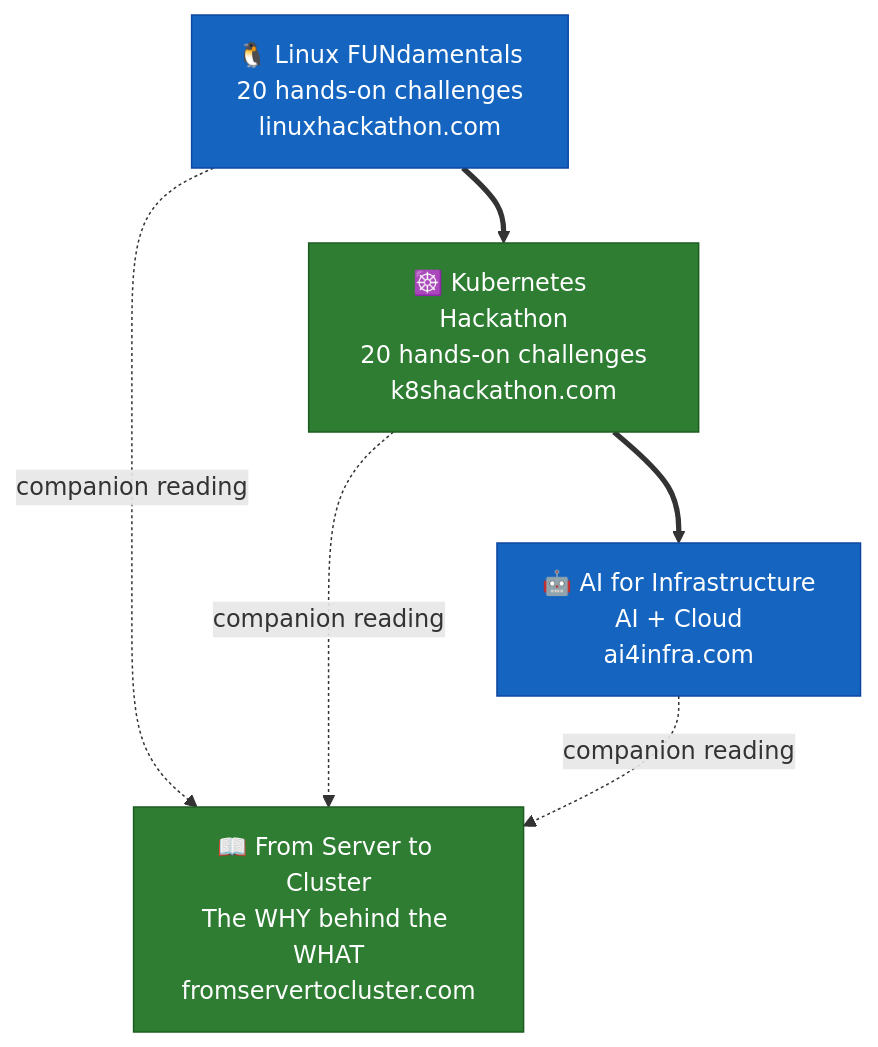
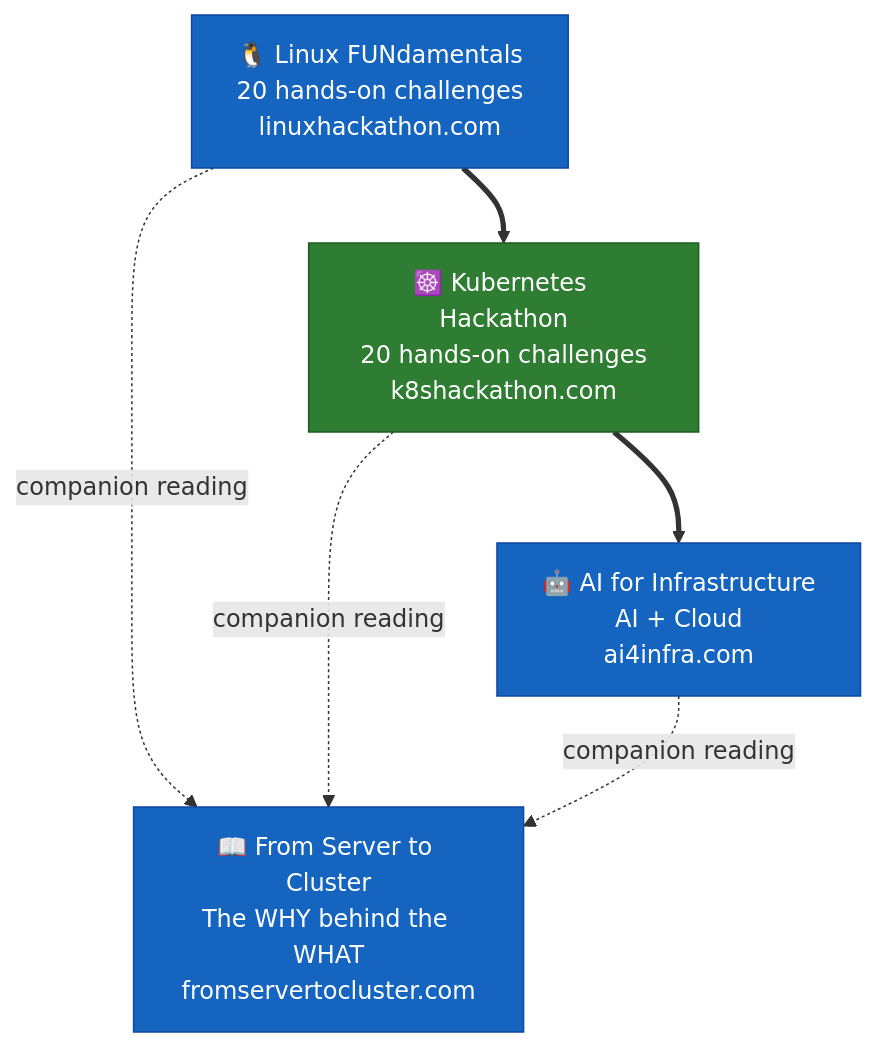
Before and after one commit to ricmmartins/fasthack-kubernetes: the diagram in README.md, drawn with Mermaid.

Commit message:
fix: From Server to Cluster should be blue, only K8s Hackathon green

````diff
--- a/README.md
+++ b/README.md
@@ -28,17 +28,17 @@
 ```mermaid
 flowchart TD
     A["🐧 Linux FUNdamentals\n20 hands-on challenges\nlinuxhackathon.com"]
     B["☸️ Kubernetes Hackathon\n20 hands-on challenges\nk8shackathon.com"]
     C["🤖 AI for Infrastructure\nAI + Cloud\nai4infra.com"]
     D["📖 From Server to Cluster\nThe WHY behind the WHAT\nfromservertocluster.com"]
 
     A ==> B ==> C
     A -.->|companion reading| D
     B -.->|companion reading| D
     C -.->|companion reading| D
 
     style A fill:#1565C0,stroke:#0D47A1,color:#fff
     style B fill:#2E7D32,stroke:#1B5E20,color:#fff
     style C fill:#1565C0,stroke:#0D47A1,color:#fff
-    style D fill:#2E7D32,stroke:#1B5E20,color:#fff
+    style D fill:#1565C0,stroke:#0D47A1,color:#fff
 ```
````
